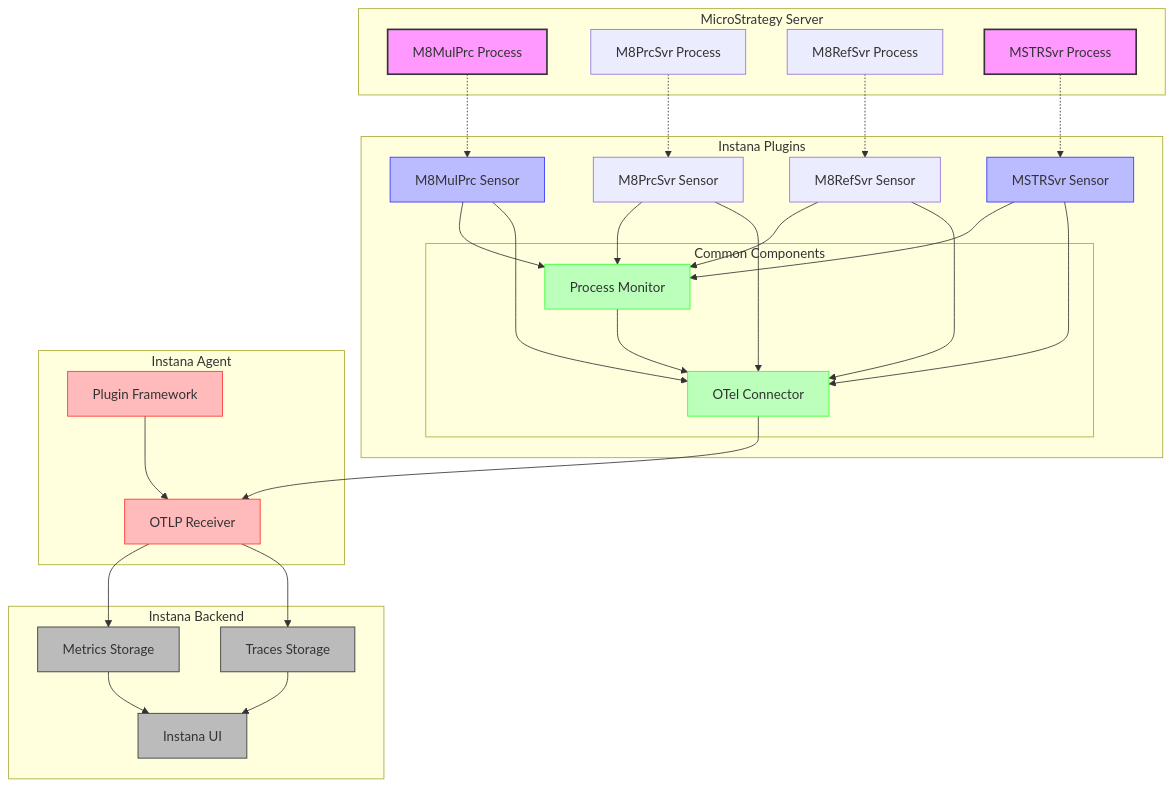
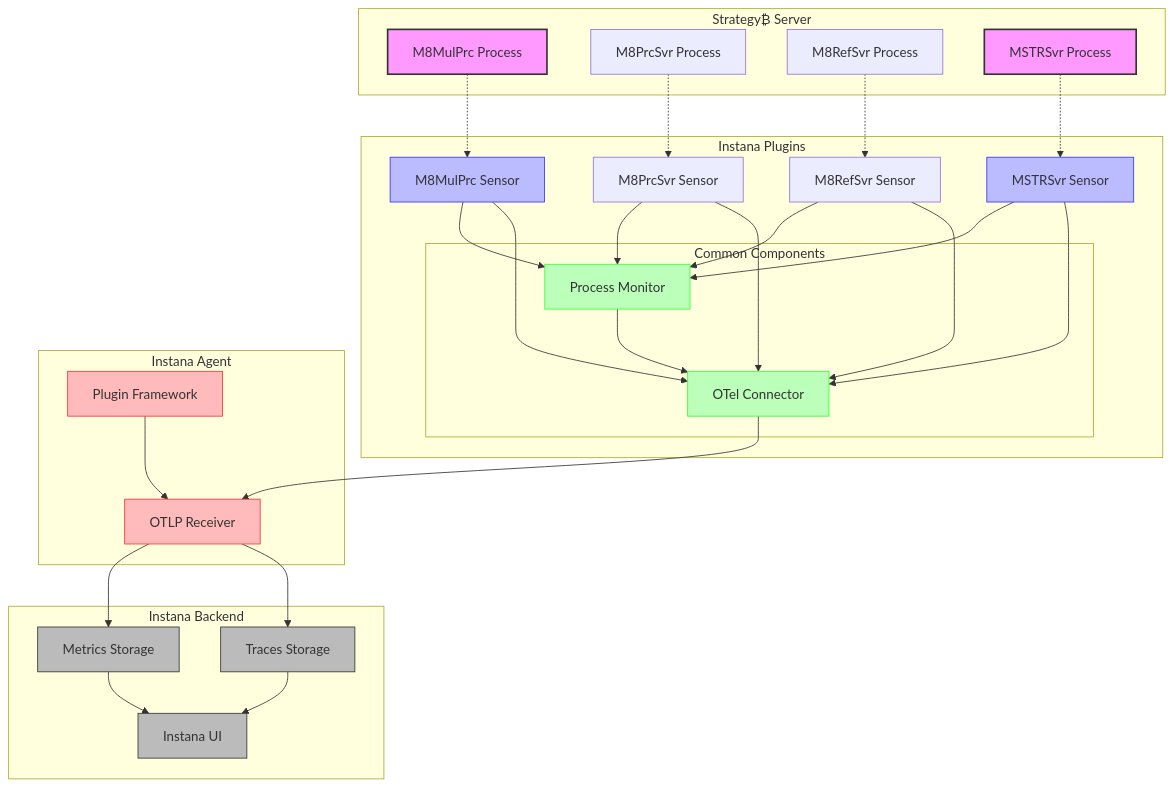
One commit to laplaque/instana_plugins changed the diagram in README.md. Above: the diagram before and after it, drawn with Mermaid. The commit also changed other lines of this file and 28 other files, not shown here.

````diff
--- a/README.md
+++ b/README.md
@@ -33,66 +43,66 @@
 ```mermaid
 graph TD
-    subgraph "MicroStrategy Server"
+    subgraph "Strategy₿ Server"
         M8["M8MulPrc Process"] 
         M8P["M8PrcSvr Process"]
         M8R["M8RefSvr Process"]
         MS["MSTRSvr Process"]
     end
     
     subgraph "Instana Plugins"
         M8S["M8MulPrc Sensor"]
         M8PS["M8PrcSvr Sensor"]
         M8RS["M8RefSvr Sensor"]
         MSS["MSTRSvr Sensor"]
         
         subgraph "Common Components"
             PM["Process Monitor"]
             OTEL["OTel Connector"]
         end
         
         M8S --> PM
         M8PS --> PM
         M8RS --> PM
         MSS --> PM
         M8S --> OTEL
         M8PS --> OTEL
         M8RS --> OTEL
         MSS --> OTEL
     end
     
     subgraph "Instana Agent"
         OTLP["OTLP Receiver"]
         PLUGIN["Plugin Framework"]
     end
     
     M8 -.-> M8S
     M8P -.-> M8PS
     M8R -.-> M8RS
     MS -.-> MSS
     PM --> OTEL
     OTEL --> OTLP
     PLUGIN --> OTLP
     
     subgraph "Instana Backend"
         METRICS["Metrics Storage"]
         TRACES["Traces Storage"]
         UI["Instana UI"]
     end
     
     OTLP --> METRICS
     OTLP --> TRACES
     METRICS --> UI
     TRACES --> UI
     
     classDef process fill:#f9f,stroke:#333,stroke-width:2px;
     classDef component fill:#bbf,stroke:#33f,stroke-width:1px;
     classDef common fill:#bfb,stroke:#3f3,stroke-width:1px;
     classDef agent fill:#fbb,stroke:#f33,stroke-width:1px;
     classDef backend fill:#bbb,stroke:#333,stroke-width:1px;
     
     class M8,MS process;
     class M8S,MSS component;
     class PM,OTEL common;
     class OTLP,PLUGIN agent;
     class METRICS,TRACES,UI backend;
 ```
````
